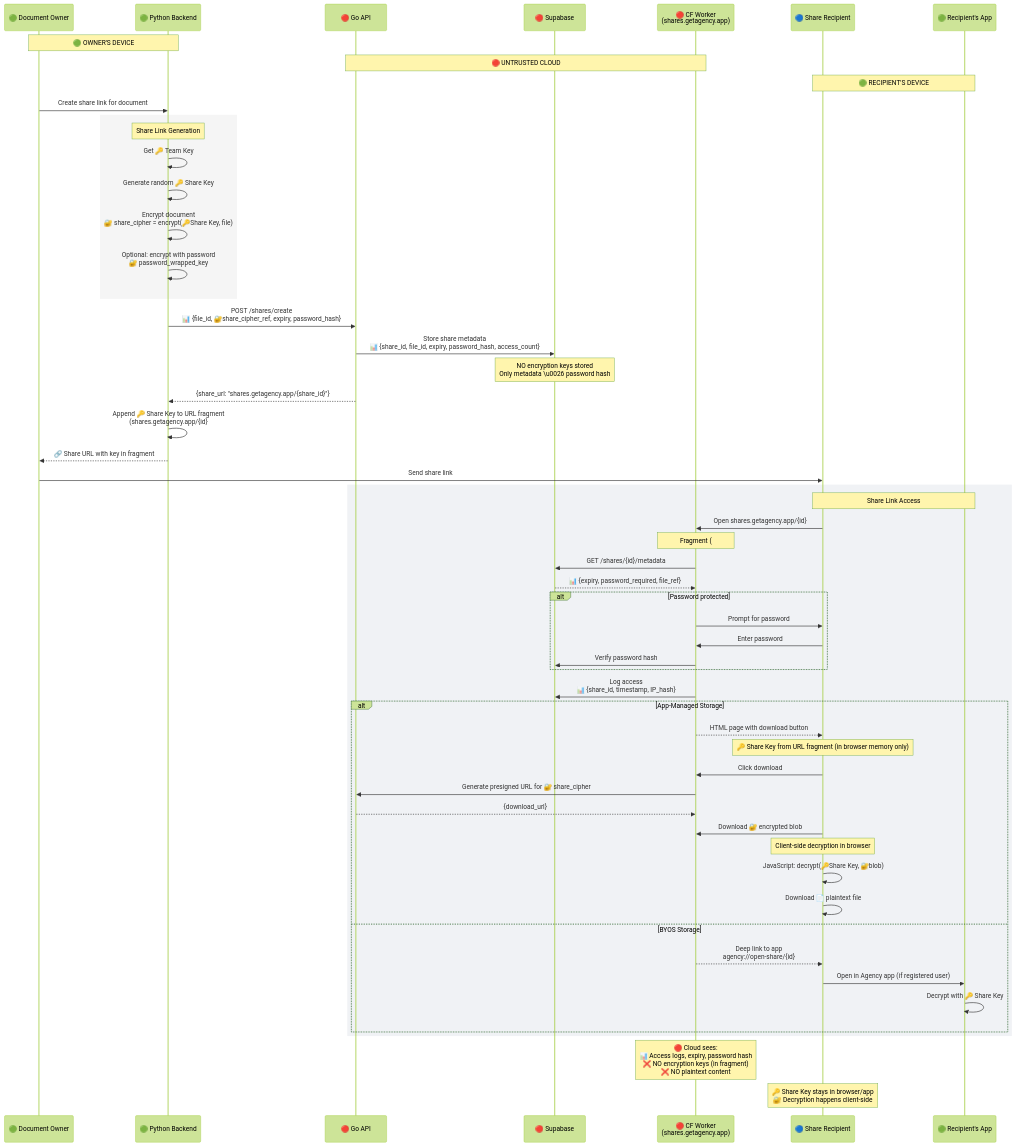
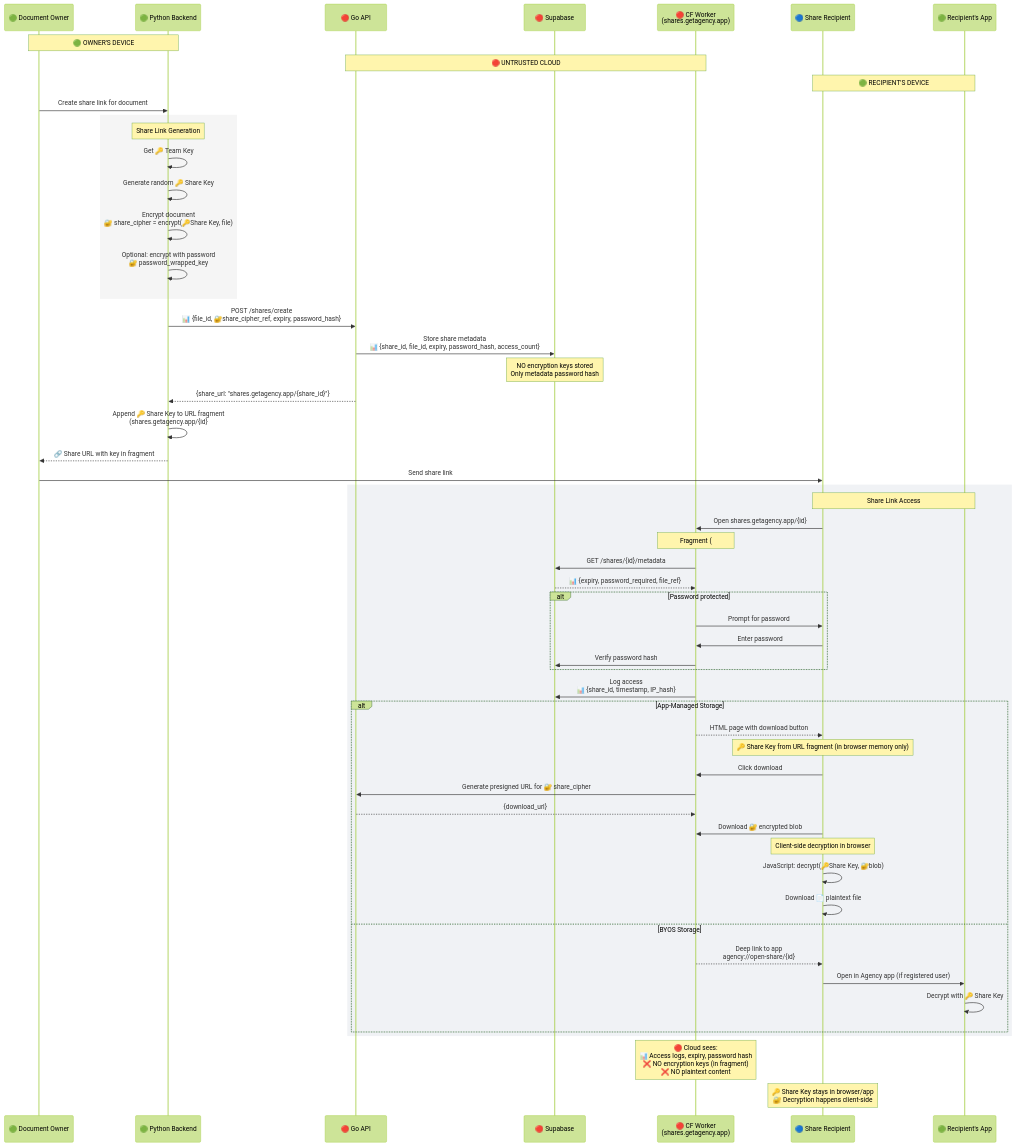
The ninth of 11 diagrams in 07a. Security Flow Diagrams.md (getagencyapp/docs), drawn with Mermaid (forest theme) before and after one commit. The commit also changed other lines of this file, not shown here.

Commit message:
Update security flow diagrams for clarity and consistency

````diff
--- a/07a. Security Flow Diagrams.md
+++ b/07a. Security Flow Diagrams.md
@@ -511,77 +511,77 @@
 ```mermaid
 sequenceDiagram
     participant Owner as 🟢 Document Owner
     participant PyBackend as 🟢 Python Backend
     participant GoAPI as 🔴 Go API
     participant Supabase as 🔴 Supabase
     participant ShareWorker as 🔴 CF Worker<br/>(shares.getagency.app)
     participant Recipient as 🔵 Share Recipient
     participant RecipientApp as 🟢 Recipient's App
 
     Note over Owner,PyBackend: 🟢 OWNER'S DEVICE
     Note over GoAPI,ShareWorker: 🔴 UNTRUSTED CLOUD
     Note over Recipient,RecipientApp: 🟢 RECIPIENT'S DEVICE
     
     Owner->>PyBackend: Create share link for document
     
     rect rgb(245, 245, 245)
         Note over PyBackend: Share Link Generation
         
         PyBackend->>PyBackend: Get 🔑 Team Key
         PyBackend->>PyBackend: Generate random 🔑 Share Key
         PyBackend->>PyBackend: Encrypt document<br/>🔐 share_cipher = encrypt(🔑Share Key, file)
         PyBackend->>PyBackend: Optional: encrypt with password<br/>🔐 password_wrapped_key
     end
     
     PyBackend->>GoAPI: POST /shares/create<br/>📊 {file_id, 🔐share_cipher_ref, expiry, password_hash}
     
     GoAPI->>Supabase: Store share metadata<br/>📊 {share_id, file_id, expiry, password_hash, access_count}
-    Note over Supabase: NO encryption keys stored<br/>Only metadata \u0026 password hash
+    Note over Supabase: NO encryption keys stored<br/>Only metadata password hash
     
     GoAPI-->>PyBackend: {share_url: "shares.getagency.app/{share_id}"}
     PyBackend->>PyBackend: Append 🔑 Share Key to URL fragment<br/>(shares.getagency.app/{id}#key={share_key})
     
     PyBackend-->>Owner: 🔗 Share URL with key in fragment
     Owner->>Recipient: Send share link
     
     rect rgb(240, 242, 245)
         Note over Recipient,RecipientApp: Share Link Access
         
         Recipient->>ShareWorker: Open shares.getagency.app/{id}#key=...
         Note over ShareWorker: Fragment (#key=...) NOT sent to server<br/>(stays in browser)
         
         ShareWorker->>Supabase: GET /shares/{id}/metadata
         Supabase-->>ShareWorker: 📊 {expiry, password_required, file_ref}
         
         alt Password protected
             ShareWorker->>Recipient: Prompt for password
             Recipient->>ShareWorker: Enter password
             ShareWorker->>Supabase: Verify password hash
         end
         
         ShareWorker->>Supabase: Log access<br/>📊 {share_id, timestamp, IP_hash}
         
         alt App-Managed Storage
             ShareWorker-->>Recipient: HTML page with download button
             Note over Recipient: 🔑 Share Key from URL fragment (in browser memory only)
             
             Recipient->>ShareWorker: Click download
             ShareWorker->>GoAPI: Generate presigned URL for 🔐 share_cipher
             GoAPI-->>ShareWorker: {download_url}
             
             Recipient->>ShareWorker: Download 🔐 encrypted blob
             
             Note over Recipient: Client-side decryption in browser
             Recipient->>Recipient: JavaScript: decrypt(🔑Share Key, 🔐blob)
             Recipient->>Recipient: Download 📄 plaintext file
             
         else BYOS Storage
             ShareWorker-->>Recipient: Deep link to app<br/>agency://open-share/{id}#key=...
             Recipient->>RecipientApp: Open in Agency app (if registered user)
             RecipientApp->>RecipientApp: Decrypt with 🔑 Share Key
         end
     end
     
     Note over ShareWorker: 🔴 Cloud sees:<br/>📊 Access logs, expiry, password hash<br/>❌ NO encryption keys (in fragment)<br/>❌ NO plaintext content
     Note over Recipient: 🔑 Share Key stays in browser/app<br/>🔐 Decryption happens client-side
 ```
````
